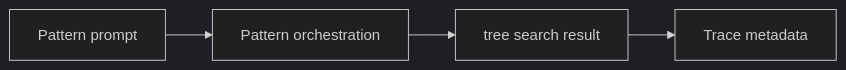
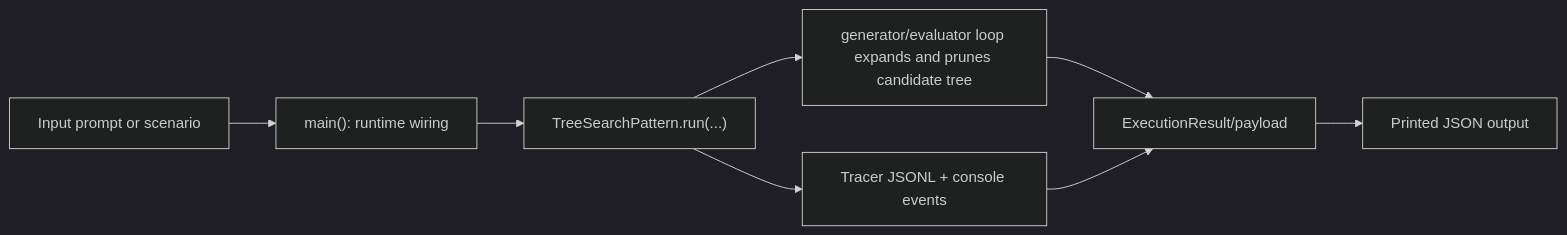
One commit to cmudrc/design-research-agents changed the diagram in docs/examples/patterns/tree_search.rst. Above: the diagram before and after it, drawn with Mermaid (dark theme). The commit also changed other lines of this file and 83 other files, not shown here.

```diff
--- a/docs/examples/patterns/tree_search.rst
+++ b/docs/examples/patterns/tree_search.rst
@@ -21,6 +21,10 @@
 .. mermaid::
 
    flowchart LR
-       A["Pattern prompt"] --> B["Pattern orchestration"]
-       B --> C["tree search result"]
-       C --> D["Trace metadata"]
+       A["Input prompt or scenario"] --> B["main(): runtime wiring"]
+       B --> C["TreeSearchPattern.run(...)"]
+       C --> D["generator/evaluator loop expands and prunes candidate tree"]
+       C --> E["Tracer JSONL + console events"]
+       D --> F["ExecutionResult/payload"]
+       E --> F
+       F --> G["Printed JSON output"]
```
